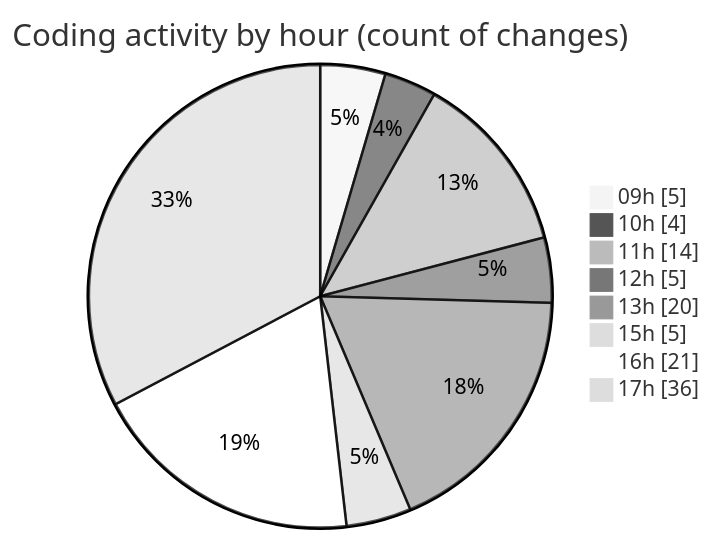
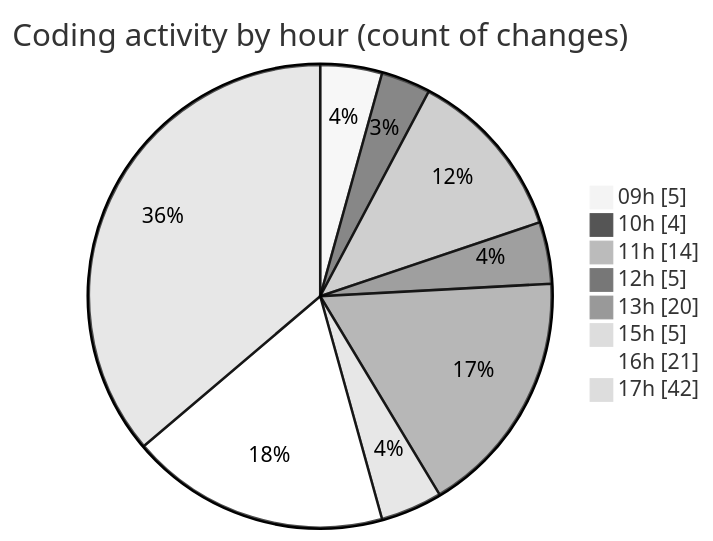
Before and after one commit to momahboobian/code-tracking: the second of 2 diagrams in 2025-09-11/cda/README.md, drawn with Mermaid (neutral theme). The commit also changed other lines of this file and 1 other file, not shown here.

````diff
--- a/2025-09-11/cda/README.md
+++ b/2025-09-11/cda/README.md
@@ -40,12 +40,12 @@
 ```mermaid
 pie showData
 title Coding activity by hour (count of changes)
 "09h" : 5
 "10h" : 4
 "11h" : 14
 "12h" : 5
 "13h" : 20
 "15h" : 5
 "16h" : 21
-"17h" : 36
+"17h" : 42
 ```
````
